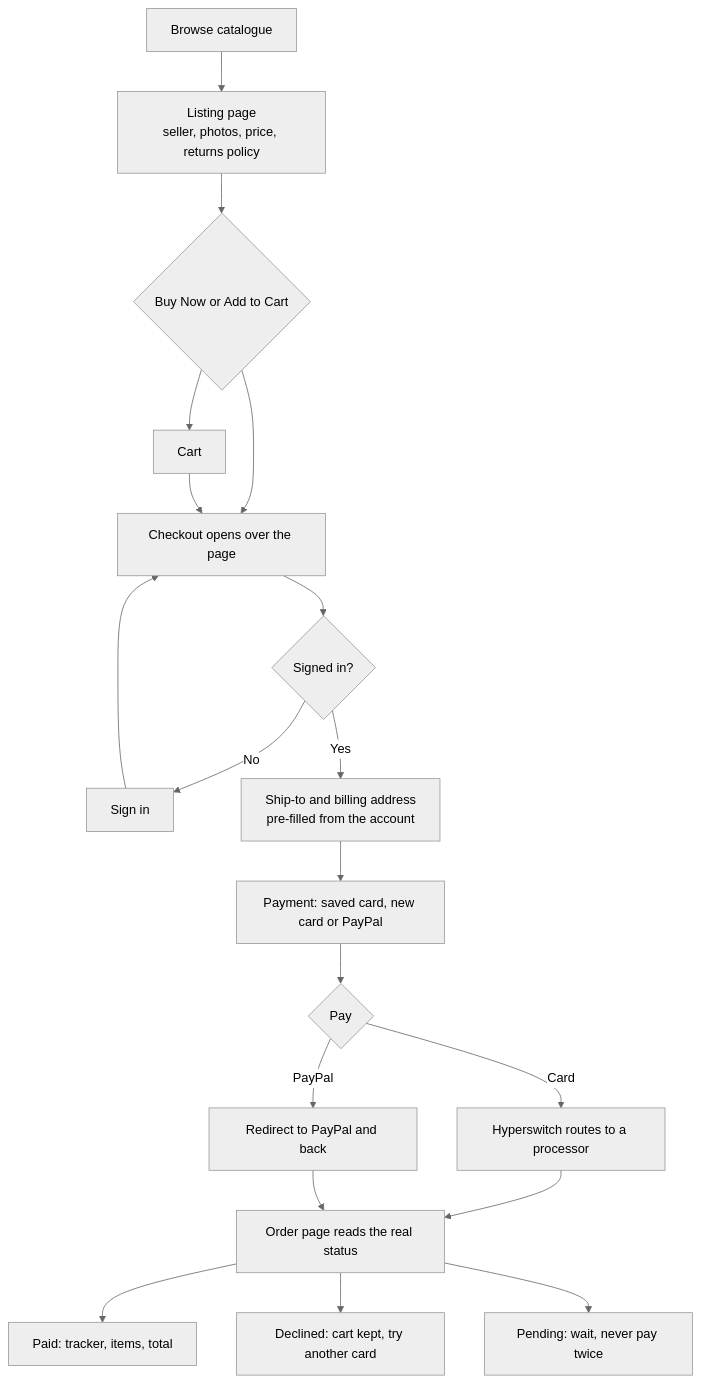
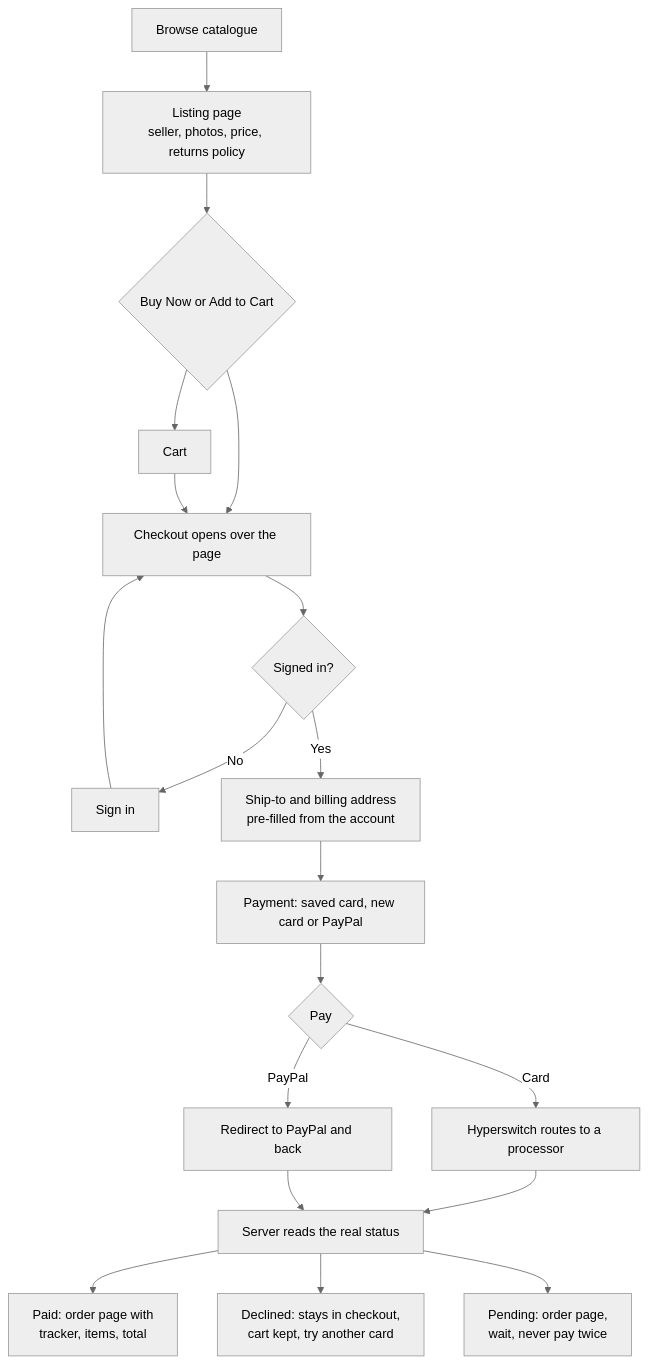
Before and after one commit to jamespotash0/juspay-prototype: the second of 8 diagrams in README.md, drawn with Mermaid (neutral theme). The commit also changed other lines of this file, not shown here.

````diff
--- a/README.md
+++ b/README.md
@@ -149,20 +149,20 @@
 ```mermaid
 flowchart TD
   A["Browse catalogue"] --> B["Listing page<br/>seller, photos, price, returns policy"]
   B --> C{"Buy Now or Add to Cart"}
   C --> D["Cart"]
   C --> E
   D --> E["Checkout opens over the page"]
   E --> S{"Signed in?"}
   S -- "No" --> SI["Sign in"] --> E
   S -- "Yes" --> F["Ship-to and billing address<br/>pre-filled from the account"]
   F --> G["Payment: saved card, new card or PayPal"]
   G --> P{"Pay"}
   P -- "Card" --> R["Hyperswitch routes to a processor"]
   P -- "PayPal" --> PP["Redirect to PayPal and back"]
-  R --> O["Order page reads the real status"]
+  R --> O["Server reads the real status"]
   PP --> O
-  O --> OK["Paid: tracker, items, total"]
-  O --> NO["Declined: cart kept, try another card"]
-  O --> WAIT["Pending: wait, never pay twice"]
+  O --> OK["Paid: order page with<br/>tracker, items, total"]
+  O --> NO["Declined: stays in checkout,<br/>cart kept, try another card"]
+  O --> WAIT["Pending: order page,<br/>wait, never pay twice"]
 ```
````
